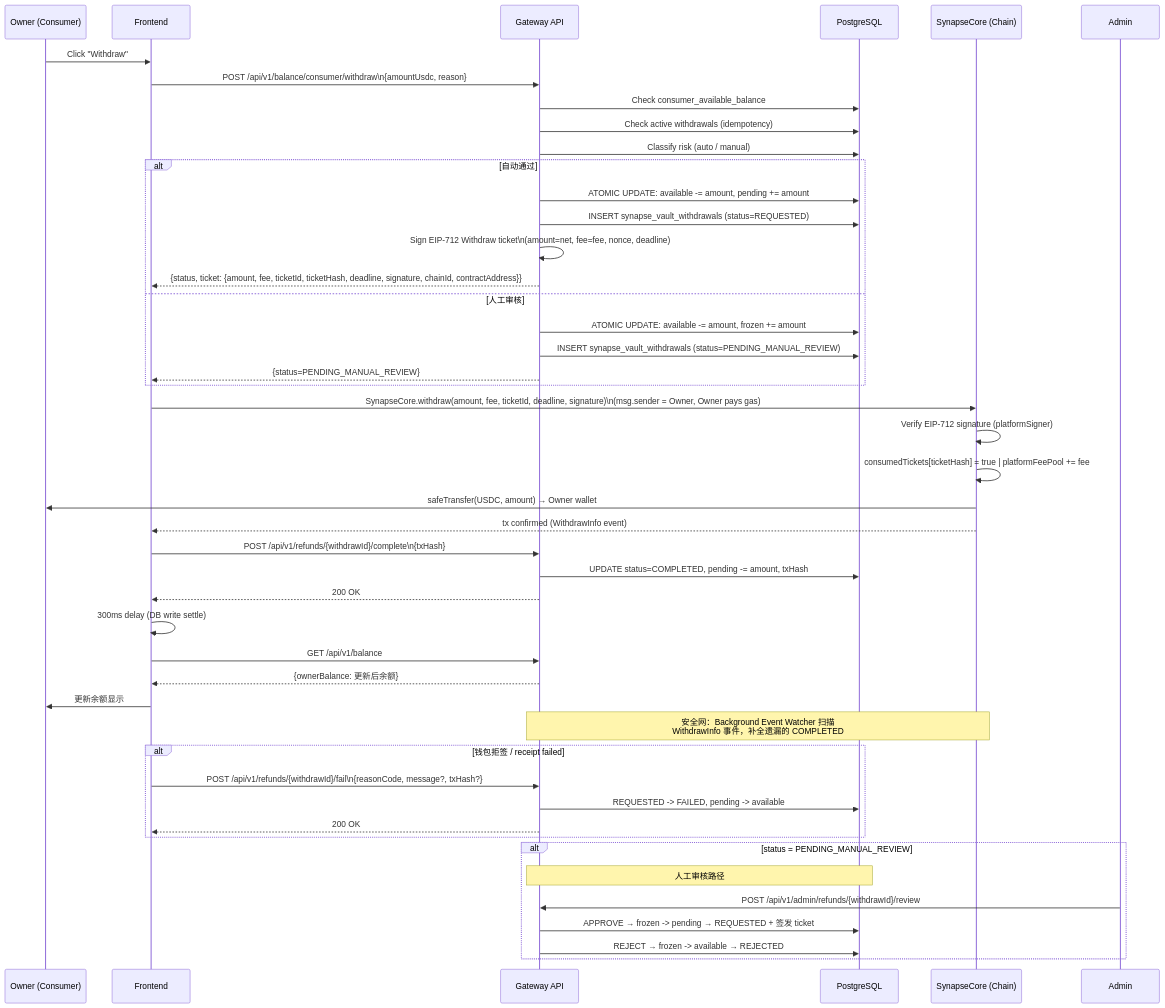
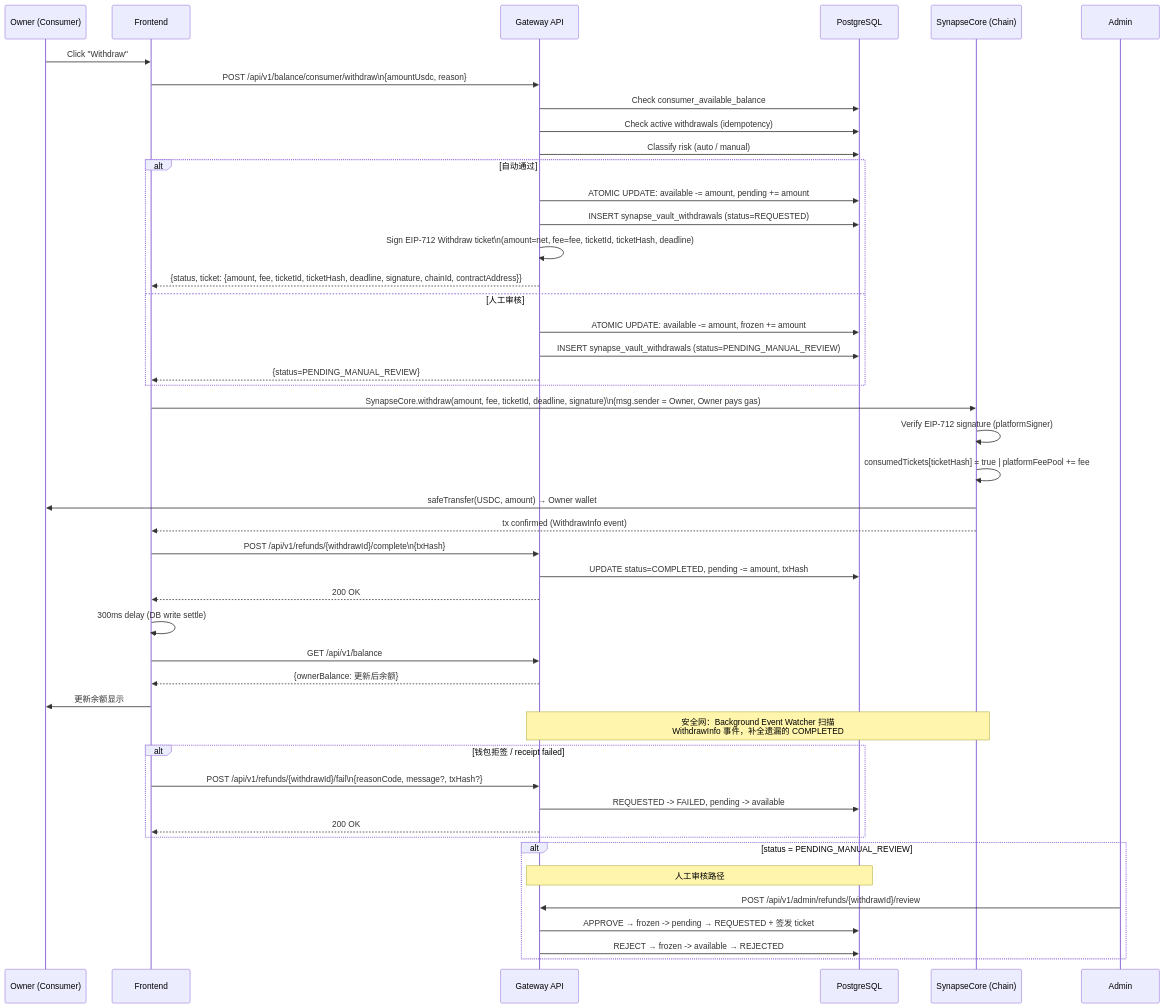
Before and after one commit to SynapseNetworkAI/Synapse-Network: the diagram in docs/architecture/workflows/06_Consumer_Withdrawal_and_Risk_Gates.md, drawn with Mermaid. The commit also changed other lines of this file and 33 other files, not shown here.

````diff
--- a/docs/architecture/workflows/06_Consumer_Withdrawal_and_Risk_Gates.md
+++ b/docs/architecture/workflows/06_Consumer_Withdrawal_and_Risk_Gates.md
@@ -113,54 +113,54 @@
 ```mermaid
 sequenceDiagram
     participant U as Owner (Consumer)
     participant FE as Frontend
     participant GW as Gateway API
     participant DB as PostgreSQL
     participant SC as SynapseCore (Chain)
 
     U->>FE: Click "Withdraw"
     FE->>GW: POST /api/v1/balance/consumer/withdraw\n{amountUsdc, reason}
     GW->>DB: Check consumer_available_balance
     GW->>DB: Check active withdrawals (idempotency)
     GW->>DB: Classify risk (auto / manual)
     alt 自动通过
         GW->>DB: ATOMIC UPDATE: available -= amount, pending += amount
         GW->>DB: INSERT synapse_vault_withdrawals (status=REQUESTED)
-        GW->>GW: Sign EIP-712 Withdraw ticket\n(amount=net, fee=fee, nonce, deadline)
+        GW->>GW: Sign EIP-712 Withdraw ticket\n(amount=net, fee=fee, ticketId, ticketHash, deadline)
         GW-->>FE: {status, ticket: {amount, fee, ticketId, ticketHash, deadline, signature, chainId, contractAddress}}
     else 人工审核
         GW->>DB: ATOMIC UPDATE: available -= amount, frozen += amount
         GW->>DB: INSERT synapse_vault_withdrawals (status=PENDING_MANUAL_REVIEW)
         GW-->>FE: {status=PENDING_MANUAL_REVIEW}
     end
 
     FE->>SC: SynapseCore.withdraw(amount, fee, ticketId, deadline, signature)\n(msg.sender = Owner, Owner pays gas)
     SC->>SC: Verify EIP-712 signature (platformSigner)
     SC->>SC: consumedTickets[ticketHash] = true | platformFeePool += fee
     SC->>U: safeTransfer(USDC, amount) → Owner wallet
     SC-->>FE: tx confirmed (WithdrawInfo event)
 
     FE->>GW: POST /api/v1/refunds/{withdrawId}/complete\n{txHash}
     GW->>DB: UPDATE status=COMPLETED, pending -= amount, txHash
     GW-->>FE: 200 OK
 
     FE->>FE: 300ms delay (DB write settle)
     FE->>GW: GET /api/v1/balance
     GW-->>FE: {ownerBalance: 更新后余额}
     FE->>U: 更新余额显示
 
     Note over GW,SC: 安全网：Background Event Watcher 扫描<br/>WithdrawInfo 事件，补全遗漏的 COMPLETED
 
     alt 钱包拒签 / receipt failed
         FE->>GW: POST /api/v1/refunds/{withdrawId}/fail\n{reasonCode, message?, txHash?}
         GW->>DB: REQUESTED -> FAILED, pending -> available
         GW-->>FE: 200 OK
     end
 
     alt status = PENDING_MANUAL_REVIEW
         Note over GW,DB: 人工审核路径
         Admin->>GW: POST /api/v1/admin/refunds/{withdrawId}/review
         GW->>DB: APPROVE → frozen -> pending → REQUESTED + 签发 ticket
         GW->>DB: REJECT  → frozen -> available → REJECTED
     end
 ```
````
